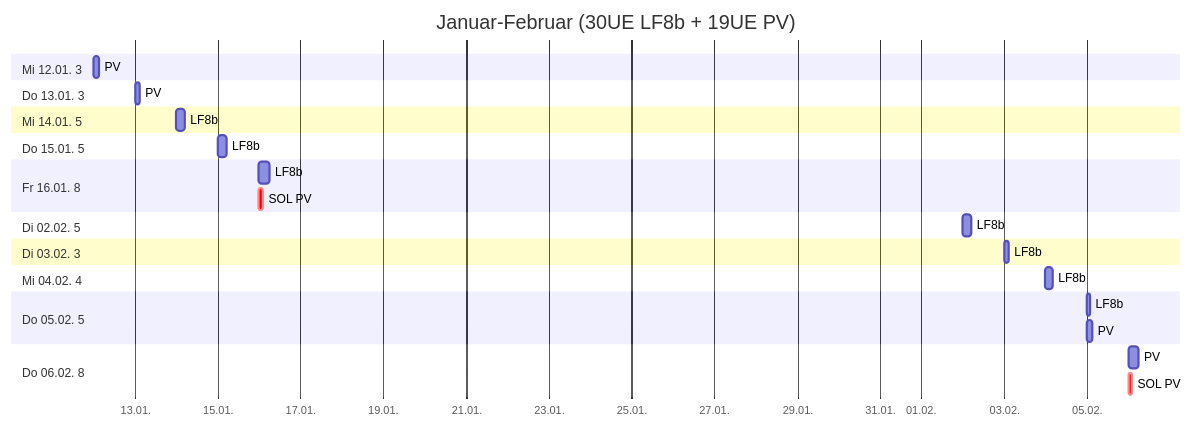
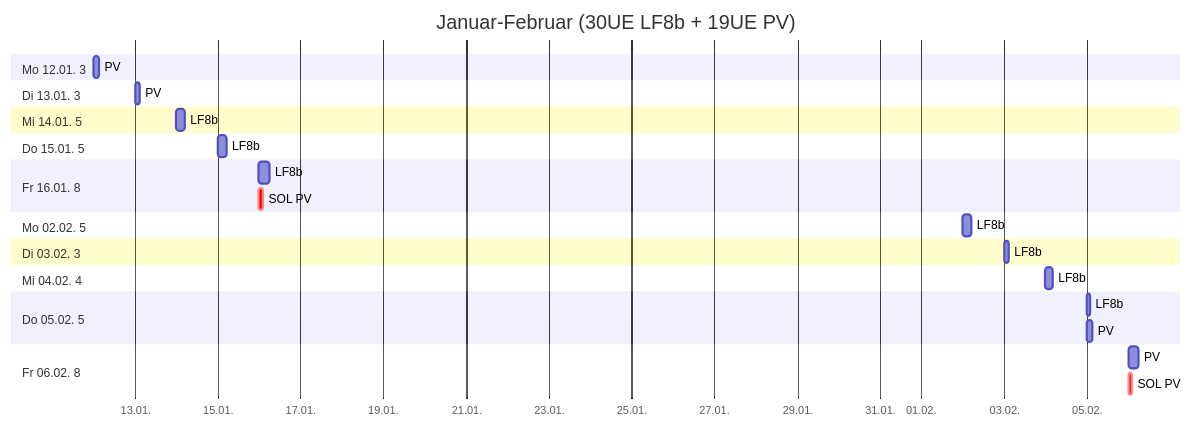
Before and after one commit to jonasnemeth/LF7: the fourth of 6 diagrams in src/plan.md, drawn with Mermaid. The commit also changed other lines of this file and 1 other file, not shown here.

````diff
--- a/src/plan.md
+++ b/src/plan.md
@@ -55,29 +56,29 @@
 ```mermaid
 gantt
  title Januar-Februar (30UE LF8b + 19UE PV)
  dateFormat YYYY-MM-DD
  axisFormat %d.%m.
- section Mi 12.01. 3
+ section Mo 12.01. 3
   PV                          :2026-01-12, 3h
- section Do 13.01. 3
+ section Di 13.01. 3
   PV                          :2026-01-13, 3h
  section Mi 14.01. 5
   LF8b                        :2026-01-14, 5h
  section Do 15.01. 5
   LF8b                        :2026-01-15, 5h
  section Fr 16.01. 8
   LF8b                        :2026-01-16, 6h
   SOL PV                      :crit, 2026-01-16, 2h
- section Di 02.02. 5
+ section Mo 02.02. 5
   LF8b                        :2026-02-02, 5h
  section Di 03.02. 3
   LF8b                        :2026-02-03, 3h
  section Mi 04.02. 4
   LF8b                        :2026-02-04, 4h
  section Do 05.02. 5
   LF8b                        :2026-02-05, 2h
   PV                          :2026-02-05, 3h
- section Do 06.02. 8
+ section Fr 06.02. 8
   PV                          :2026-02-06, 6h
   SOL PV                      :crit, 2026-02-06, 2h
 ```
````
